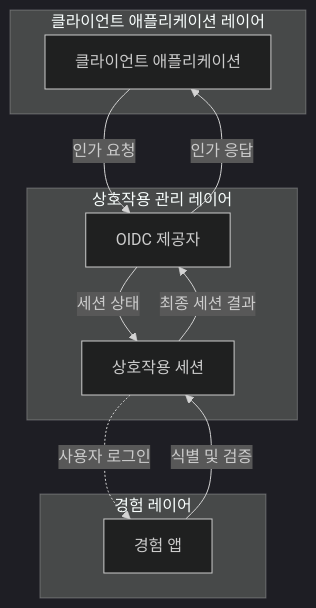
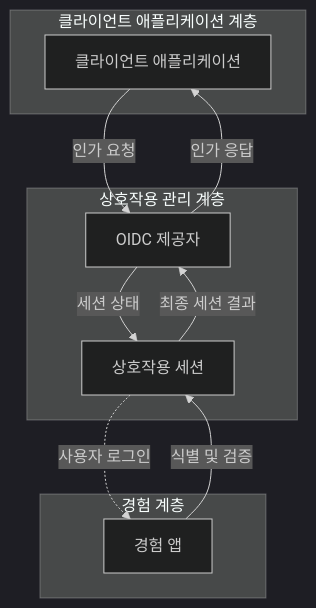
Before and after one commit to logto-io/docs: the second of 2 diagrams in i18n/ko/docusaurus-plugin-content-docs/current/end-user-flows/sign-up-and-sign-in/README.mdx, drawn with Mermaid (dark theme). The commit also changed other lines of this file and 53 other files, not shown here.

````diff
--- a/i18n/ko/docusaurus-plugin-content-docs/current/end-user-flows/sign-up-and-sign-in/README.mdx
+++ b/i18n/ko/docusaurus-plugin-content-docs/current/end-user-flows/sign-up-and-sign-in/README.mdx
@@ -47,24 +47,24 @@
 ```mermaid
 flowchart TD
-  %% Layers
-  subgraph Layer1 [클라이언트 애플리케이션 레이어]
+  %% 계층
+  subgraph Layer1 [클라이언트 애플리케이션 계층]
       A[클라이언트 애플리케이션]
   end
 
-  subgraph Layer2 [상호작용 관리 레이어]
+  subgraph Layer2 [상호작용 관리 계층]
       B[OIDC 제공자]
       C[상호작용 세션]
   end
 
-  subgraph Layer3 [경험 레이어]
+  subgraph Layer3 [경험 계층]
       D[경험 앱]
   end
 
-  %% Connections
+  %% 연결
   A --> |인가 요청| B
   B --> |세션 상태| C
   C -.-> |사용자 로그인| D
   D --> |식별 및 검증| C
   C --> |최종 세션 결과| B
   B --> |인가 응답| A
 ```
````
